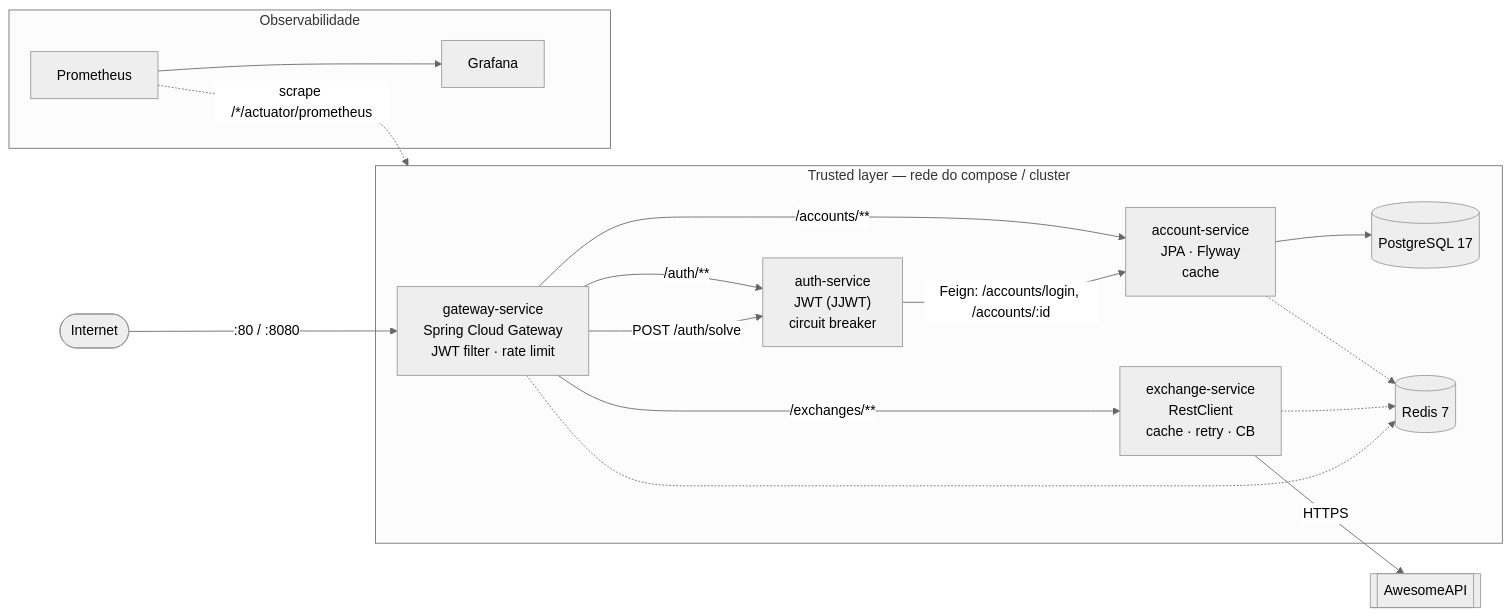
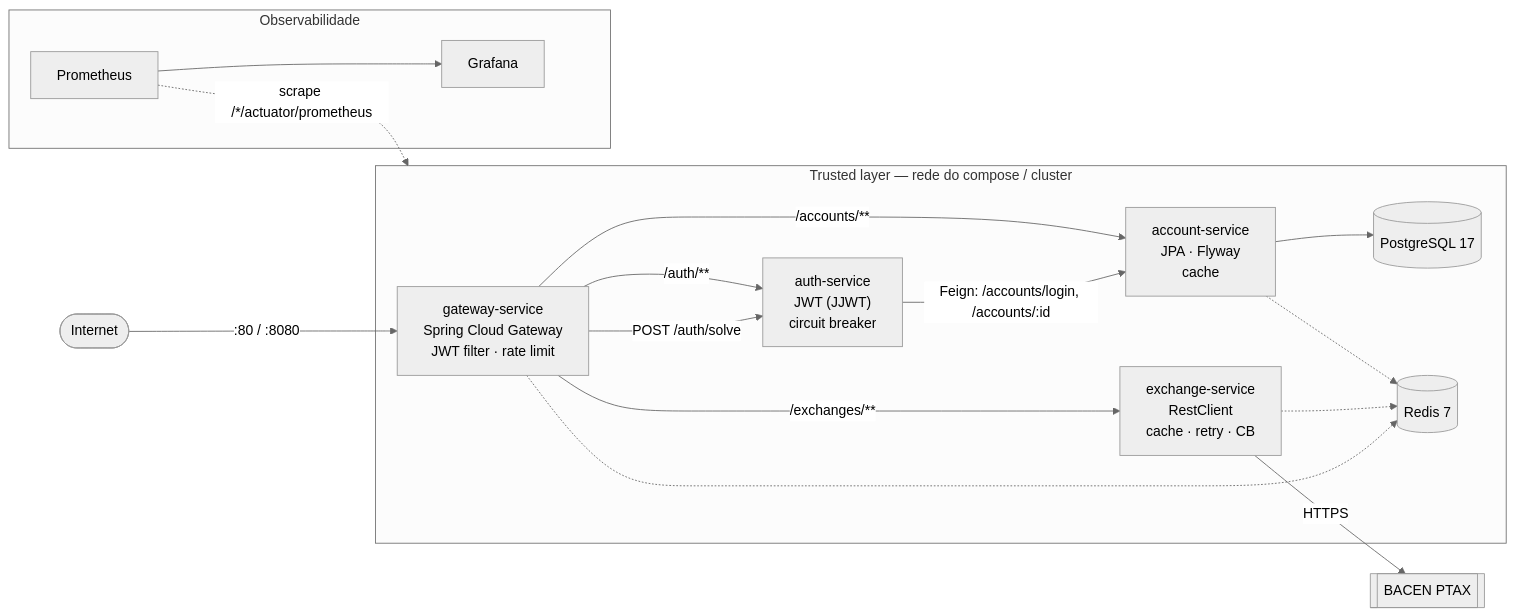
One commit to EuMiguelll/Projeto-PMA changed the first of 2 diagrams in docs/projeto/index.md. Above: the diagram before and after it, drawn with Mermaid (neutral theme). The commit also changed other lines of this file and 15 other files, not shown here.

First line of the commit message:
Exchange no PTAX do BACEN: sem API key nem Secret

````diff
--- a/docs/projeto/index.md
+++ b/docs/projeto/index.md
@@ -11,26 +11,26 @@
 ```mermaid
 flowchart LR
     internet([Internet]) -->|":80 / :8080"| gw
     subgraph trusted [Trusted layer — rede do compose / cluster]
         gw["gateway-service<br/>Spring Cloud Gateway<br/>JWT filter · rate limit"]
         auth["auth-service<br/>JWT (JJWT)<br/>circuit breaker"]
         account["account-service<br/>JPA · Flyway<br/>cache"]
         exchange["exchange-service<br/>RestClient<br/>cache · retry · CB"]
         db[(PostgreSQL 17)]
         redis[(Redis 7)]
         gw -->|/auth/**| auth
         gw -->|/accounts/**| account
         gw -->|/exchanges/**| exchange
         gw -->|POST /auth/solve| auth
         auth -->|Feign: /accounts/login, /accounts/:id| account
         account --> db
         account -.-> redis
         exchange -.-> redis
         gw -.-> redis
     end
-    exchange -->|HTTPS| awesome[[AwesomeAPI]]
+    exchange -->|HTTPS| awesome[[BACEN PTAX]]
     subgraph obs [Observabilidade]
         prom[Prometheus] --> graf[Grafana]
     end
     prom -.scrape /*/actuator/prometheus.-> trusted
 ```
````
